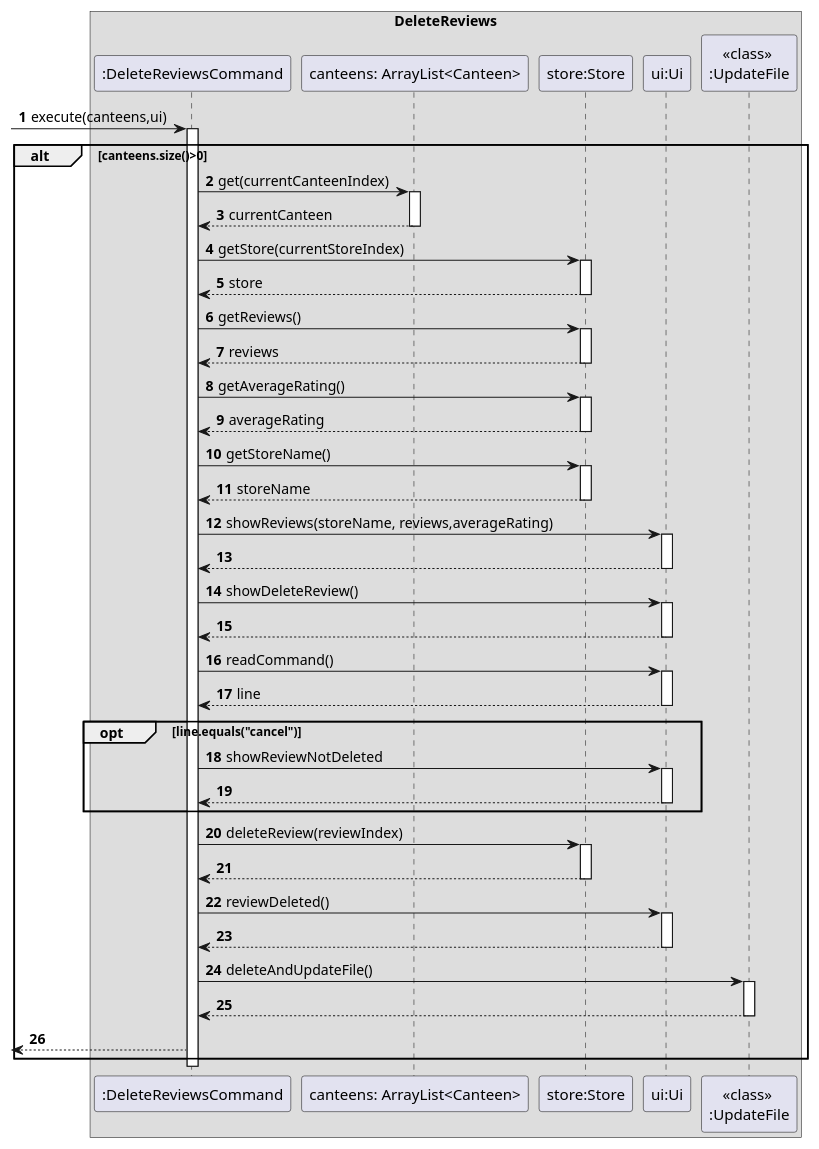
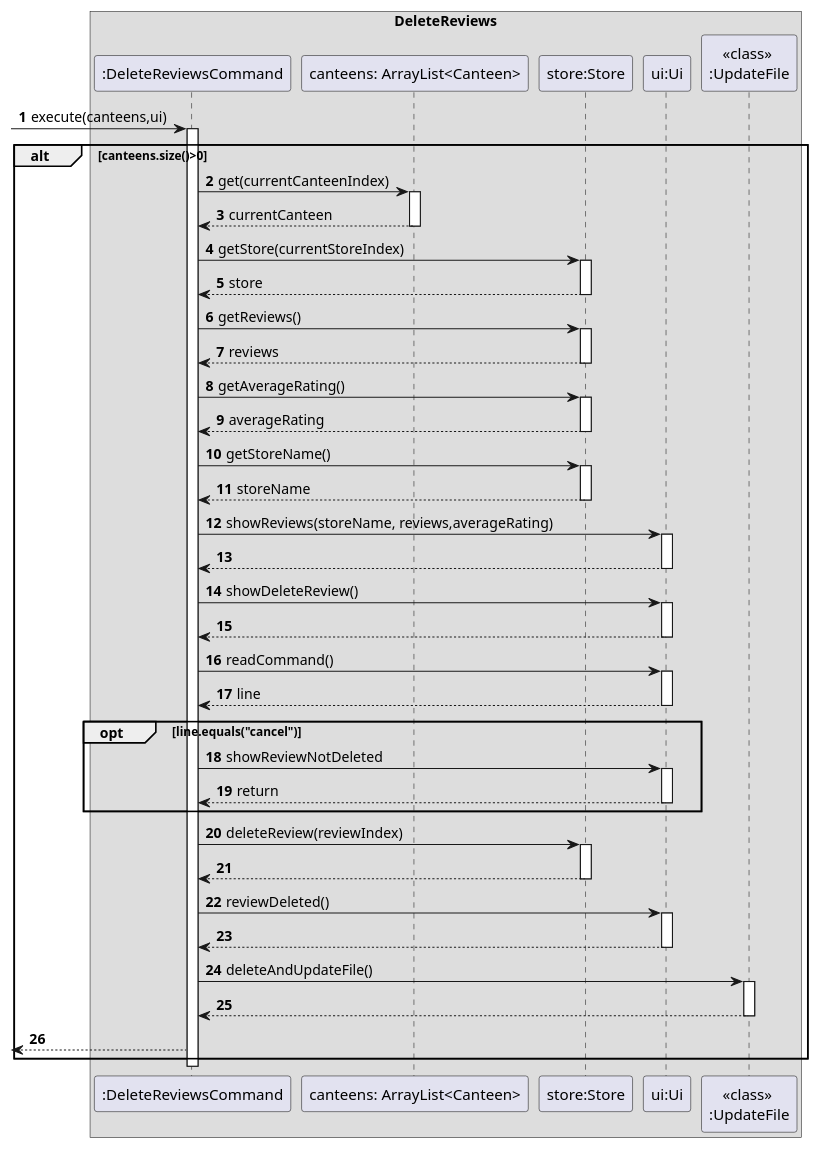
One commit to nagiteja/tp changed the diagram in docs/PlantUML/DeleteReview.puml. Above: the diagram before and after it, drawn with PlantUML. The commit also changed 7 other files, not shown here.

Commit message:
update code and sequence diagram

```diff
--- a/docs/PlantUML/DeleteReview.puml
+++ b/docs/PlantUML/DeleteReview.puml
@@ -1,63 +1,63 @@
 @startuml
 'https://plantuml.com/sequence-diagram
 
 autonumber
 box DeleteReviews
 
 ->":DeleteReviewsCommand": execute(canteens,ui)
 activate ":DeleteReviewsCommand"
 alt canteens.size()>0
     ":DeleteReviewsCommand"->"canteens: ArrayList<Canteen>":get(currentCanteenIndex)
     activate "canteens: ArrayList<Canteen>"
     "canteens: ArrayList<Canteen>"-->":DeleteReviewsCommand":currentCanteen
     deactivate "canteens: ArrayList<Canteen>"
     ":DeleteReviewsCommand"->"store:Store":getStore(currentStoreIndex)
     activate "store:Store"
     "store:Store"-->":DeleteReviewsCommand":store
     deactivate "store:Store"
     ":DeleteReviewsCommand"->"store:Store":getReviews()
     activate "store:Store"
     "store:Store"-->":DeleteReviewsCommand":reviews
     deactivate "store:Store"
     ":DeleteReviewsCommand"->"store:Store":getAverageRating()
     activate "store:Store"
     "store:Store"-->":DeleteReviewsCommand":averageRating
     deactivate "store:Store"
     ":DeleteReviewsCommand"->"store:Store":getStoreName()
     activate "store:Store"
     "store:Store"-->":DeleteReviewsCommand":storeName
     deactivate "store:Store"
     ":DeleteReviewsCommand"->"ui:Ui":showReviews(storeName, reviews,averageRating)
     activate "ui:Ui"
     "ui:Ui"-->":DeleteReviewsCommand"
     deactivate "ui:Ui"
     ":DeleteReviewsCommand"->"ui:Ui":showDeleteReview()
     activate "ui:Ui"
     "ui:Ui"-->":DeleteReviewsCommand"
     deactivate "ui:Ui"
     ":DeleteReviewsCommand"->"ui:Ui":readCommand()
     activate "ui:Ui"
     "ui:Ui"-->":DeleteReviewsCommand":line
     deactivate "ui:Ui"
     opt line.equals("cancel")
     ":DeleteReviewsCommand"->"ui:Ui":showReviewNotDeleted
     activate "ui:Ui"
-    "ui:Ui"-->":DeleteReviewsCommand"
+    "ui:Ui"-->":DeleteReviewsCommand":return
     deactivate "ui:Ui"
     end
     ":DeleteReviewsCommand"->"store:Store":deleteReview(reviewIndex)
     activate "store:Store"
     "store:Store"-->":DeleteReviewsCommand"
     deactivate "store:Store"
     ":DeleteReviewsCommand"->"ui:Ui":reviewDeleted()
     activate "ui:Ui"
     "ui:Ui"-->":DeleteReviewsCommand"
     deactivate "ui:Ui"
     ":DeleteReviewsCommand"->"<<class>> \n:UpdateFile":deleteAndUpdateFile()
     activate "<<class>> \n:UpdateFile"
     "<<class>> \n:UpdateFile"-->":DeleteReviewsCommand"
     deactivate "<<class>> \n:UpdateFile"
     <--":DeleteReviewsCommand"
 end
 deactivate ":DeleteReviewsCommand"
 @enduml
```
